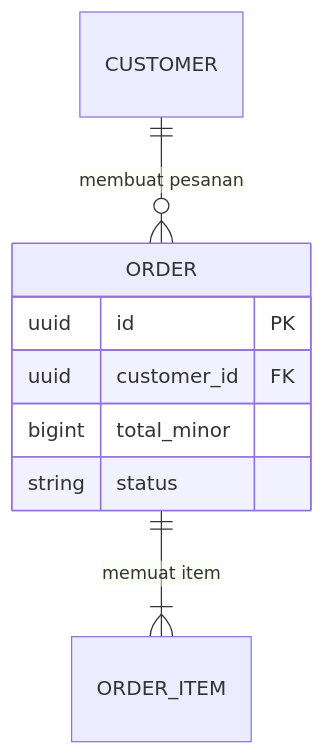
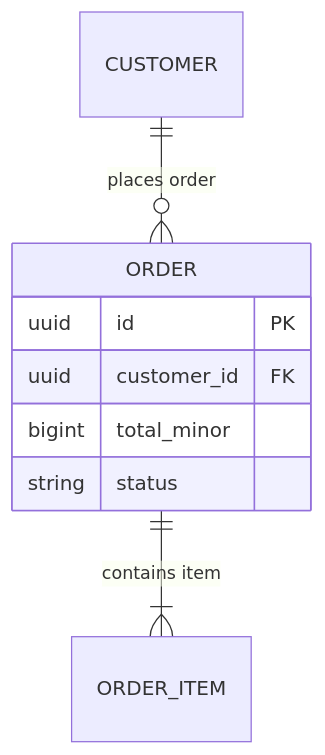
The fourth of 5 diagrams in skills/maxilun-diagrams/SKILL.md (giriedu/maxilun), drawn with Mermaid before and after one commit. The commit also changed other lines of this file and 207 other files, not shown here.

````diff
--- a/skills/maxilun-diagrams/SKILL.md
+++ b/skills/maxilun-diagrams/SKILL.md
@@ -121,11 +120,11 @@
 ```mermaid
 erDiagram
-    CUSTOMER ||--o{ ORDER : "membuat pesanan"
-    ORDER ||--|{ ORDER_ITEM : "memuat item"
+    CUSTOMER ||--o{ ORDER : "places order"
+    ORDER ||--|{ ORDER_ITEM : "contains item"
     ORDER {
         uuid id PK
         uuid customer_id FK
         bigint total_minor
         string status
     }
 ```
````
